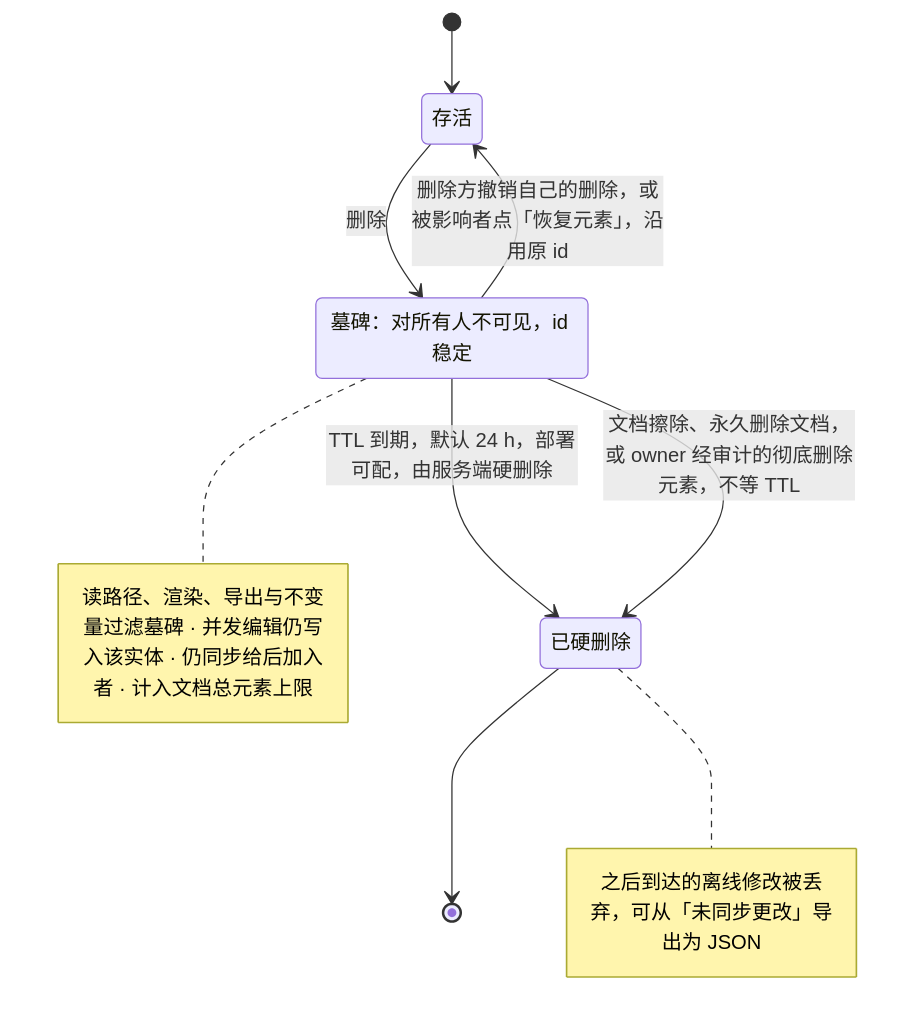
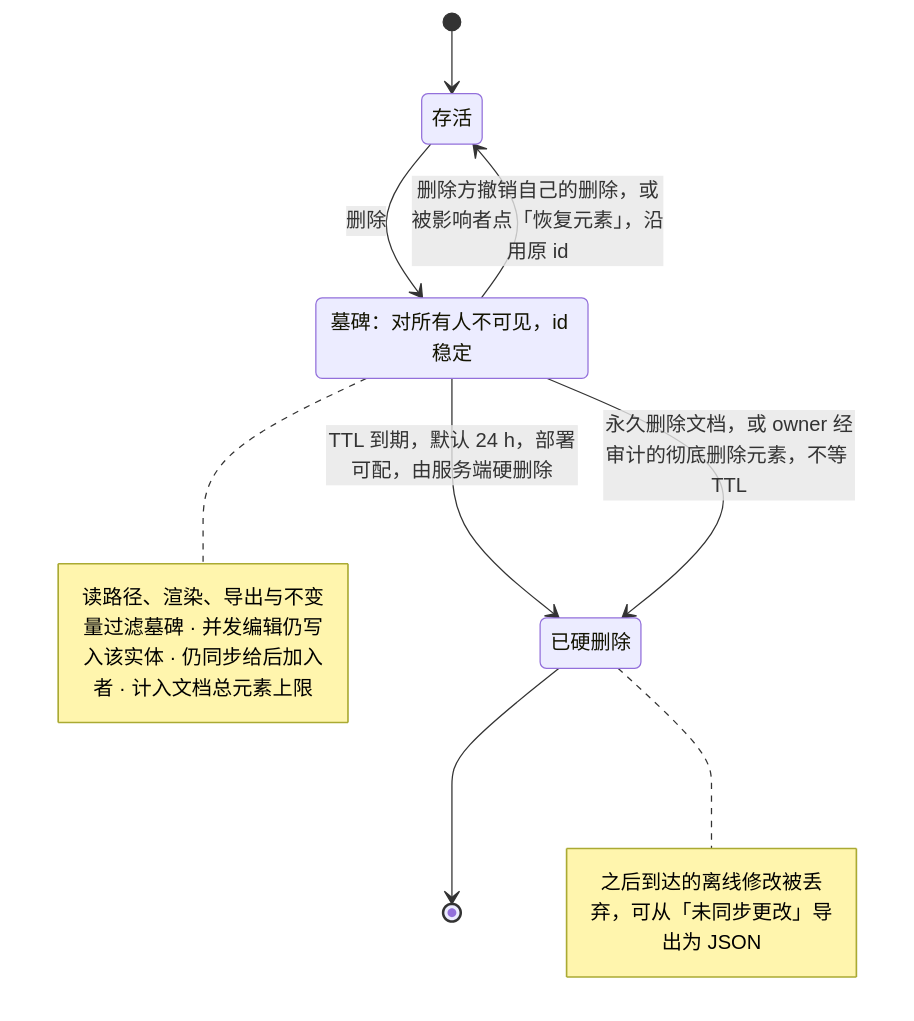
One commit to Xeonice/cordis-ppt-editor changed the fifth of 10 diagrams in docs/10-prd/03-features/03-collaboration.md. Above: the diagram before and after it, drawn with Mermaid. The commit also changed other lines of this file and 19 other files, not shown here.

````diff
--- a/docs/10-prd/03-features/03-collaboration.md
+++ b/docs/10-prd/03-features/03-collaboration.md
@@ -260,14 +270,14 @@
 ```mermaid
 stateDiagram-v2
   state "存活" as alive
   state "墓碑：对所有人不可见，id 稳定" as tomb
   state "已硬删除" as gone
   [*] --> alive
   alive --> tomb: 删除
   tomb --> alive: 删除方撤销自己的删除，或被影响者点「恢复元素」，沿用原 id
   tomb --> gone: TTL 到期，默认 24 h，部署可配，由服务端硬删除
-  tomb --> gone: 文档擦除、永久删除文档，或 owner 经审计的彻底删除元素，不等 TTL
+  tomb --> gone: 永久删除文档，或 owner 经审计的彻底删除元素，不等 TTL
   gone --> [*]
   note right of tomb: 读路径、渲染、导出与不变量过滤墓碑 · 并发编辑仍写入该实体 · 仍同步给后加入者 · 计入文档总元素上限
   note right of gone: 之后到达的离线修改被丢弃，可从「未同步更改」导出为 JSON
 ```
````
